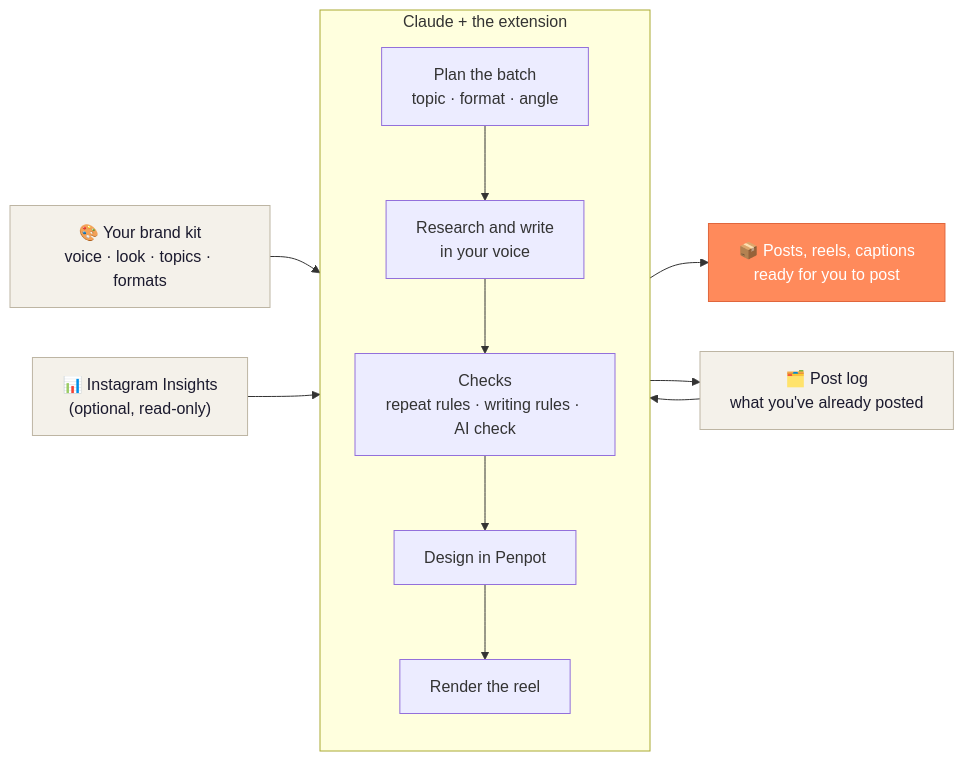
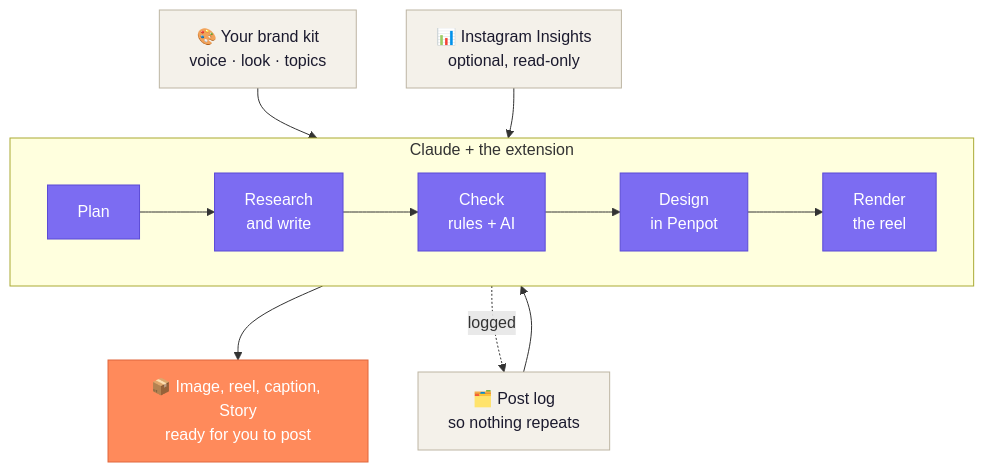
One commit to Kwhite76/social-content-mcp changed the diagram in README.md. Above: the diagram before and after it, drawn with Mermaid.

Commit message:
README: stack the flow diagram so it reads at normal width
Claude-Session: https://claude.ai/code/session_01E5PzBjmsvMMyPucre7Xqif

````diff
--- a/README.md
+++ b/README.md
@@ -51,25 +51,24 @@
 ```mermaid
-flowchart LR
-    kit["🎨 Your brand kit<br/>voice · look · topics · formats"]
-    ins["📊 Instagram Insights<br/>(optional, read-only)"]
-    log["🗂️ Post log<br/>what you've already posted"]
+flowchart TB
+    kit["🎨 Your brand kit<br/>voice · look · topics"]
+    ins["📊 Instagram Insights<br/>optional, read-only"]
+    log["🗂️ Post log<br/>so nothing repeats"]
 
     subgraph claude ["Claude + the extension"]
-      direction TB
-      plan["Plan the batch<br/>topic · format · angle"] --> write["Research and write<br/>in your voice"]
-      write --> check["Checks<br/>repeat rules · writing rules · AI check"]
-      check --> design["Design in Penpot"]
-      design --> reel["Render the reel"]
+      direction LR
+      plan["Plan"] --> write["Research<br/>and write"] --> check["Check<br/>rules + AI"] --> design["Design<br/>in Penpot"] --> reel["Render<br/>the reel"]
     end
 
-    kit --> plan
-    ins --> plan
-    log --> plan
-    reel --> out["📦 Posts, reels, captions<br/>ready for you to post"]
-    reel --> log
+    kit --> claude
+    ins --> claude
+    log --> claude
+    claude --> out["📦 Image, reel, caption, Story<br/>ready for you to post"]
+    claude -. logged .-> log
 
     classDef src fill:#F4F1EA,stroke:#BDB5A3,color:#1B1A2E
+    classDef step fill:#7C6CF2,stroke:#5B4BD6,color:#ffffff
     classDef res fill:#FF8A5B,stroke:#E0663C,color:#ffffff
     class kit,ins,log src
+    class plan,write,check,design,reel step
     class out res
 ```
````
